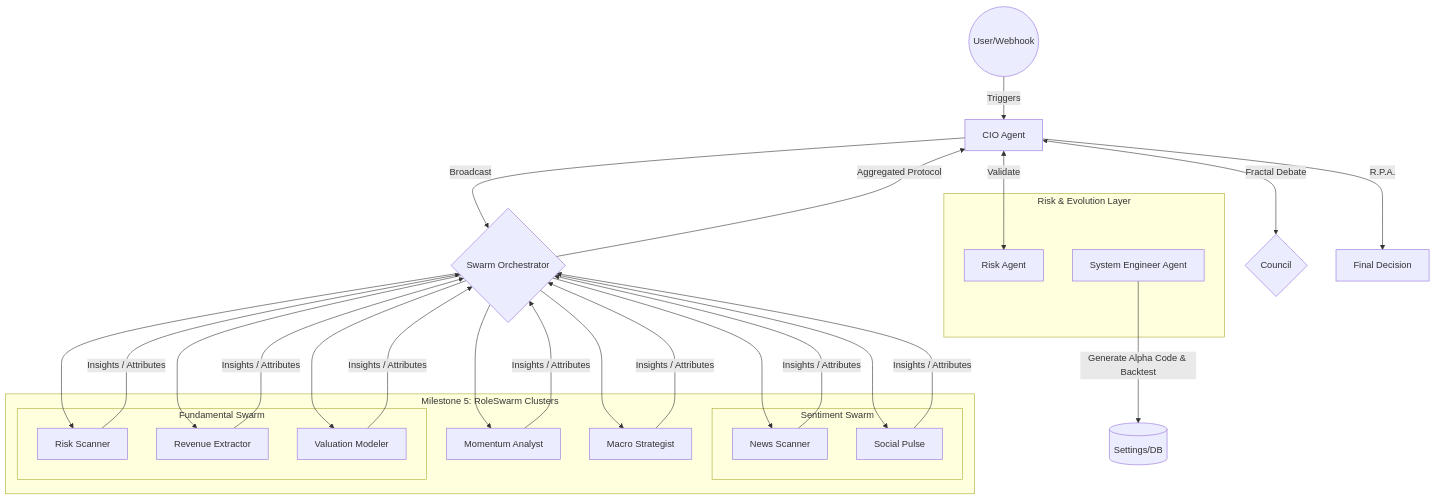
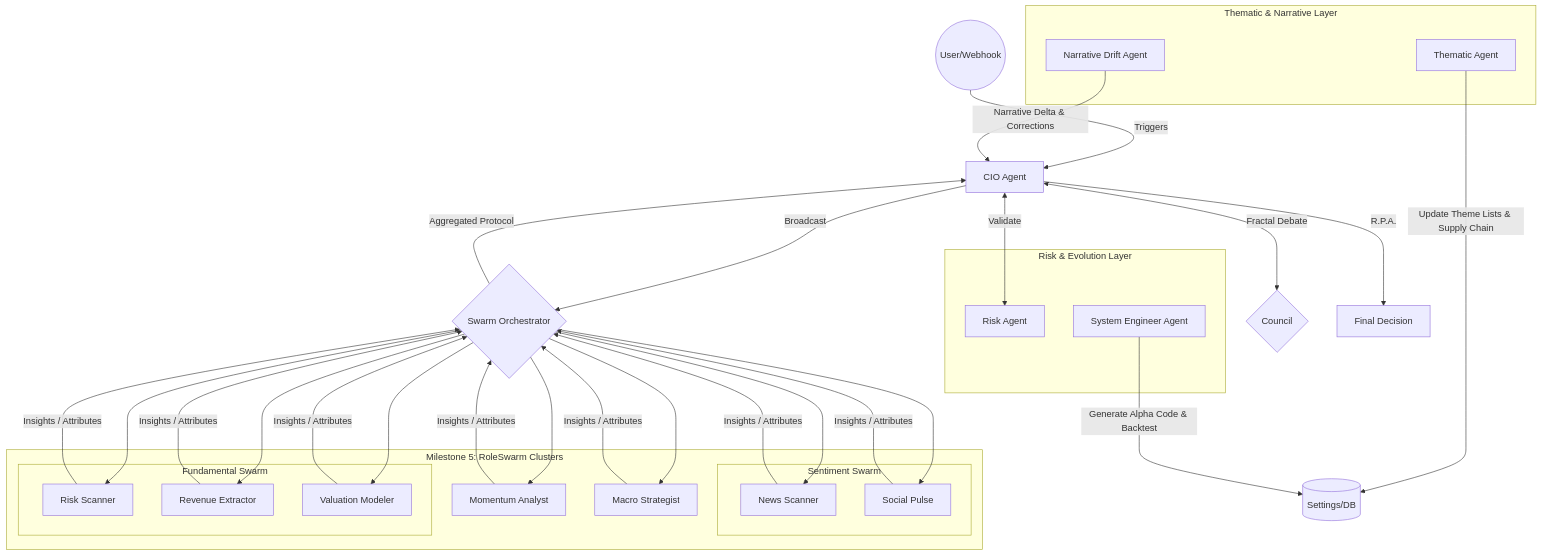
Before and after one commit to neohsiung/AI-Investment-Advisor: the first of 2 diagrams in wiki/04_架構觀點-Architect_Views/代理人戰略協定-Agent-Swarm-Protocol.md, drawn with Mermaid. The commit also changed other lines of this file and 11 other files, not shown here.

First line of the commit message:
docs(wiki): synchronize architecture documentation and add optimized monitoring flow 同步架構文檔並新增優化市場監控流圖表

````diff
--- a/wiki/04_架構觀點-Architect_Views/代理人戰略協定-Agent-Swarm-Protocol.md
+++ b/wiki/04_架構觀點-Architect_Views/代理人戰略協定-Agent-Swarm-Protocol.md
@@ -22,40 +23,48 @@
 ```mermaid
 graph TD
     user((User/Webhook)) -->|Triggers| CIO[CIO Agent]
     CIO -->|Broadcast| ORCH{Swarm Orchestrator}
     
     subgraph "Milestone 5: RoleSwarm Clusters"
         subgraph "Sentiment Swarm"
             SENT_FAST[News Scanner]
             SENT_ADV[Social Pulse]
         end
         
         subgraph "Fundamental Swarm"
             FUND_FAST[Risk Scanner]
             FUND_SMART[Revenue Extractor]
             FUND_ADV[Valuation Modeler]
         end
         
         MOM[Momentum Analyst]
         MACRO[Macro Strategist]
     end
     
+    subgraph "Thematic & Narrative Layer"
+        THEMATIC[Thematic Agent]
+        NARRATIVE[Narrative Drift Agent]
+    end
+    
     subgraph "Risk & Evolution Layer"
         RISK[Risk Agent]
         ENG[System Engineer Agent]
     end
 
     ORCH --> SENT_FAST & SENT_ADV
     ORCH --> FUND_FAST & FUND_SMART & FUND_ADV
     ORCH --> MOM & MACRO
     
     SENT_FAST & SENT_ADV & FUND_FAST & FUND_SMART & FUND_ADV & MOM & MACRO -->|Insights / Attributes| ORCH
     ORCH -->|Aggregated Protocol| CIO
     
     CIO <-->|Validate| RISK
     CIO <-->|Fractal Debate| COUNCIL{Council}
     
-    ENG -->|Generate Alpha Code & Backtest| SETTINGS[(Settings/DB)]
+    THEMATIC -->|Update Theme Lists & Supply Chain| SETTINGS[(Settings/DB)]
+    NARRATIVE -->|Narrative Delta & Corrections| CIO
+    
+    ENG -->|Generate Alpha Code & Backtest| SETTINGS
     
     CIO -->|R.P.A.| DECISION[Final Decision]
 ```
````
